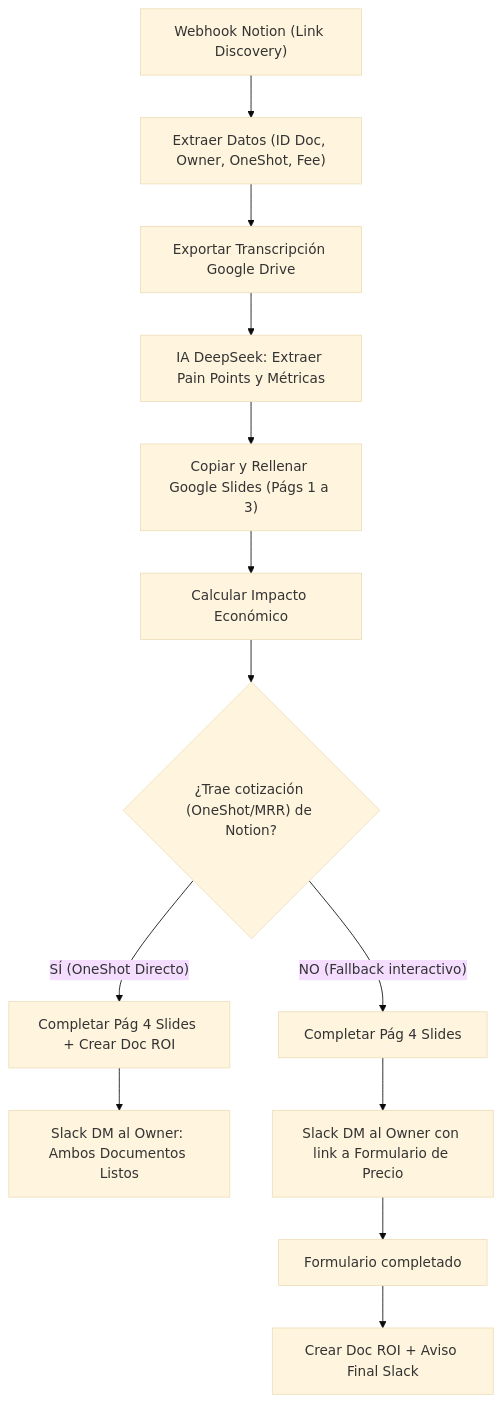
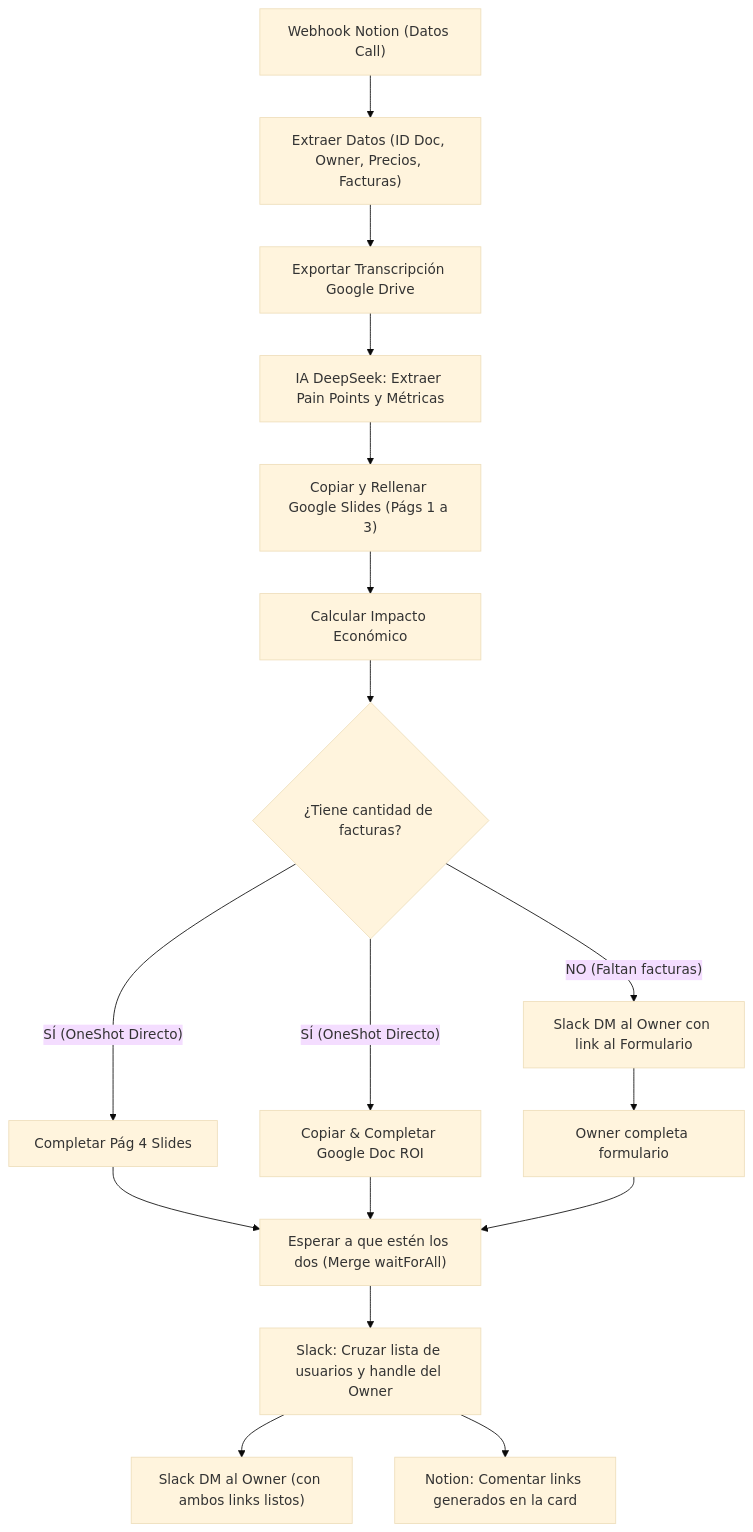
Before and after one commit to santiagowuerich/n8n-automatizaciones: the diagram in clientes/xtract/proyectos/05-generador-slides/README.md, drawn with Mermaid (base theme). The commit also changed other lines of this file and 422 other files, not shown here.

````diff
--- a/clientes/xtract/proyectos/05-generador-slides/README.md
+++ b/clientes/xtract/proyectos/05-generador-slides/README.md
@@ -16,14 +16,21 @@
 ```mermaid
 graph TD
-    A["Webhook Notion (Link Discovery)"] --> B["Extraer Datos (ID Doc, Owner, OneShot, Fee)"]
+    A["Webhook Notion (Datos Call)"] --> B["Extraer Datos (ID Doc, Owner, Precios, Facturas)"]
     B --> C["Exportar Transcripción Google Drive"]
     C --> D["IA DeepSeek: Extraer Pain Points y Métricas"]
     D --> E["Copiar y Rellenar Google Slides (Págs 1 a 3)"]
     E --> F["Calcular Impacto Económico"]
-    F --> G{"¿Trae cotización (OneShot/MRR) de Notion?"}
-    G -- "SÍ (OneShot Directo)" --> H["Completar Pág 4 Slides + Crear Doc ROI"]
-    H --> I["Slack DM al Owner: Ambos Documentos Listos"]
-    G -- "NO (Fallback interactivo)" --> J["Completar Pág 4 Slides"]
-    J --> K["Slack DM al Owner con link a Formulario de Precio"]
-    K --> L["Formulario completado"] --> M["Crear Doc ROI + Aviso Final Slack"]
+    F --> G{"¿Tiene cantidad de facturas?"}
+    
+    G -- "SÍ (OneShot Directo)" --> H["Completar Pág 4 Slides"]
+    G -- "SÍ (OneShot Directo)" --> I["Copiar & Completar Google Doc ROI"]
+    H --> J["Esperar a que estén los dos (Merge waitForAll)"]
+    I --> J
+    
+    G -- "NO (Faltan facturas)" --> K["Slack DM al Owner con link al Formulario"]
+    K --> L["Owner completa formulario"] --> J
+    
+    J --> M["Slack: Cruzar lista de usuarios y handle del Owner"]
+    M --> N["Slack DM al Owner (con ambos links listos)"]
+    M --> O["Notion: Comentar links generados en la card"]
 ```
````
